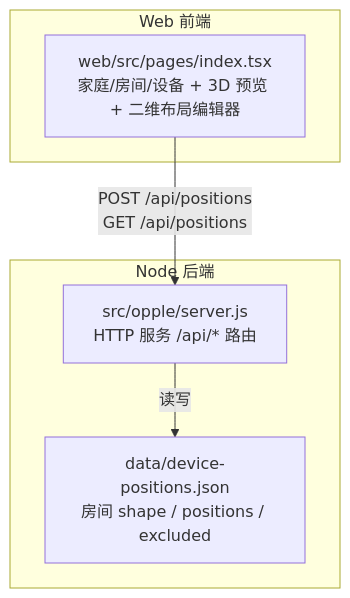
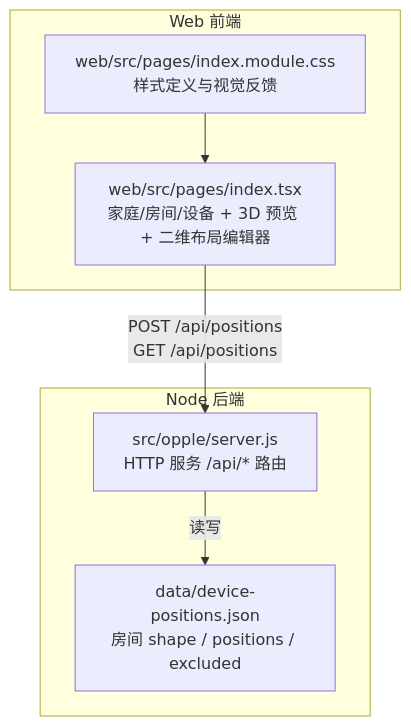
One commit to zh79325/opple-cloud-adapter changed the first of 10 diagrams in .qoder/repowiki/zh/content/Web控制台/布局编辑器.md. Above: the diagram before and after it, drawn with Mermaid. The commit also changed other lines of this file and 29 other files, not shown here.

````diff
--- a/.qoder/repowiki/zh/content/Web控制台/布局编辑器.md
+++ b/.qoder/repowiki/zh/content/Web控制台/布局编辑器.md
@@ -48,12 +59,14 @@
 ```mermaid
 graph TB
 subgraph "Web 前端"
 A["web/src/pages/index.tsx<br/>家庭/房间/设备 + 3D 预览 + 二维布局编辑器"]
+B["web/src/pages/index.module.css<br/>样式定义与视觉反馈"]
 end
 subgraph "Node 后端"
-B["src/opple/server.js<br/>HTTP 服务 /api/* 路由"]
-C["data/device-positions.json<br/>房间 shape / positions / excluded"]
+C["src/opple/server.js<br/>HTTP 服务 /api/* 路由"]
+D["data/device-positions.json<br/>房间 shape / positions / excluded"]
 end
-A --> |POST /api/positions<br/>GET /api/positions| B
-B --> |读写| C
+A --> |POST /api/positions<br/>GET /api/positions| C
+B --> A
+C --> |读写| D
 ```
````
